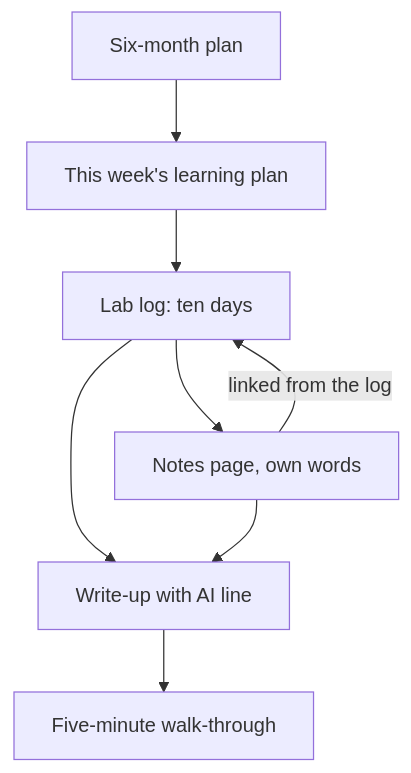
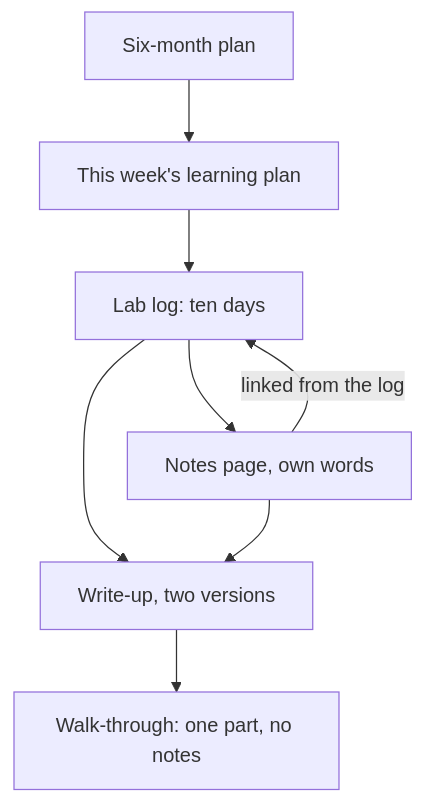
One commit to Muhammad-AnasKhan/Buildment changed the diagram in content/import/build-with-ai/06-share-the-work/06.05-capstone-your-project-start.md. Above: the diagram before and after it, drawn with Mermaid. The commit also changed other lines of this file and 9 other files, not shown here.

Commit message:
Revise build-with-ai module 6 after G5 round 1: scored walk-through, full provided route, shuffled mixed review

````diff
--- a/content/import/build-with-ai/06-share-the-work/06.05-capstone-your-project-start.md
+++ b/content/import/build-with-ai/06-share-the-work/06.05-capstone-your-project-start.md
@@ -30,10 +30,10 @@
 ```mermaid
 flowchart TD
   P["Six-month plan"] --> W["This week's learning plan"]
   W --> L["Lab log: ten days"]
   L --> N["Notes page, own words"]
   N -->|"linked from the log"| L
-  L --> U["Write-up with AI line"]
+  L --> U["Write-up, two versions"]
   N --> U
-  U --> M["Five-minute walk-through"]
+  U --> M["Walk-through: one part, no notes"]
 ```
````
